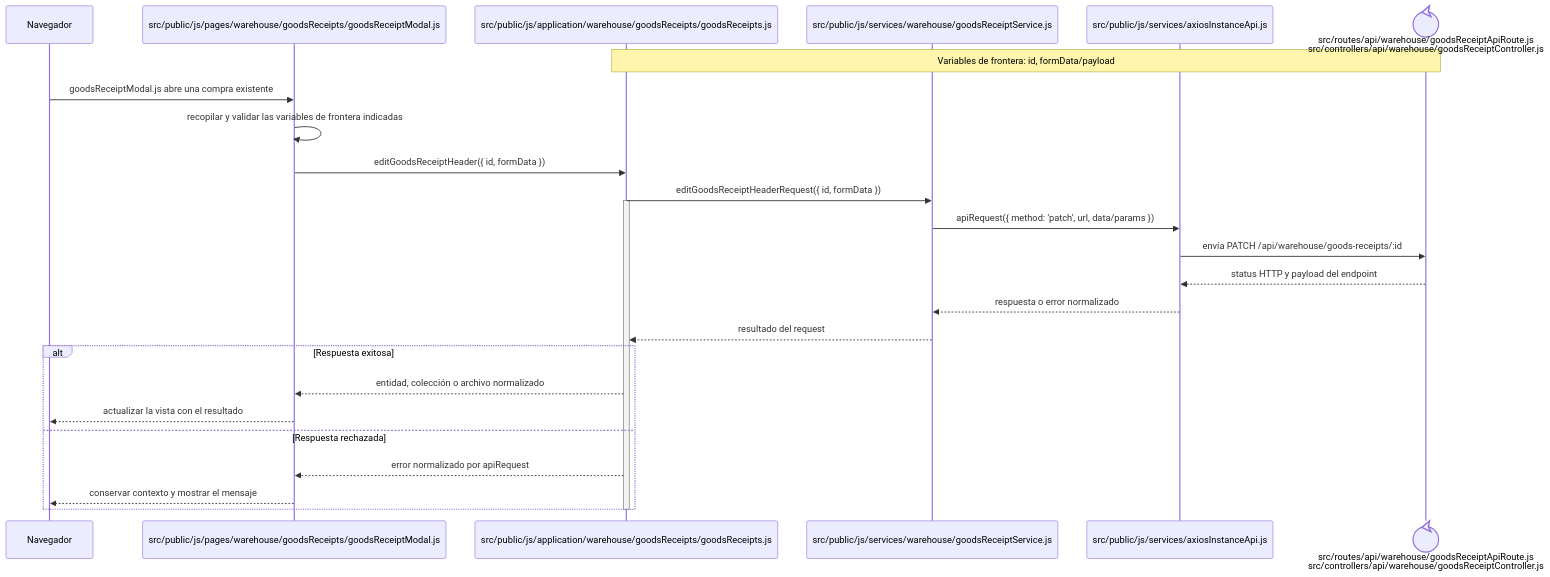
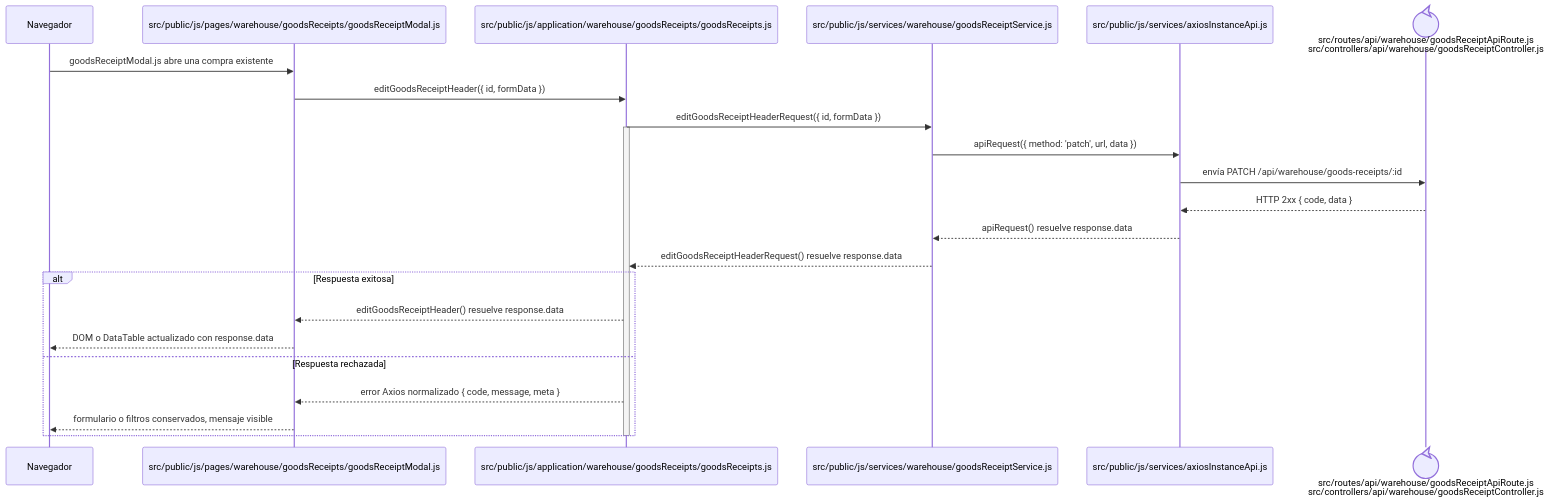
Before and after one commit to gpgsistemas01/nexus: the diagram in docs/architecture/frontend-code-sequences/purchases/cu-ent-03.md, drawn with Mermaid. The commit also changed 148 other files, not shown here.

````diff
--- a/docs/architecture/frontend-code-sequences/purchases/cu-ent-03.md
+++ b/docs/architecture/frontend-code-sequences/purchases/cu-ent-03.md
@@ -6,29 +6,27 @@
 ```mermaid
 sequenceDiagram
     participant Browser as Navegador
     participant View as src/public/js/pages/warehouse/goodsReceipts/goodsReceiptModal.js
     participant Application as src/public/js/application/warehouse/goodsReceipts/goodsReceipts.js
     participant Request as src/public/js/services/warehouse/goodsReceiptService.js
     participant HTTP as src/public/js/services/axiosInstanceApi.js
     participant Transport@{ "type": "control" } as src/routes/api/warehouse/goodsReceiptApiRoute.js<br/>src/controllers/api/warehouse/goodsReceiptController.js
-    Note over Application,Transport: Variables de frontera: id, formData/payload
 
     Browser->>View: goodsReceiptModal.js abre una compra existente
-    View->>View: recopilar y validar las variables de frontera indicadas
     View->>Application: editGoodsReceiptHeader({ id, formData })
     Application->>Request: editGoodsReceiptHeaderRequest({ id, formData })
     activate Application
-    Request->>HTTP: apiRequest({ method: 'patch', url, data/params })
+    Request->>HTTP: apiRequest({ method: 'patch', url, data })
     HTTP->>Transport: envía PATCH /api/warehouse/goods-receipts/:id
-    Transport-->>HTTP: status HTTP y payload del endpoint
-    HTTP-->>Request: respuesta o error normalizado
-    Request-->>Application: resultado del request
+    Transport-->>HTTP: HTTP 2xx { code, data }
+    HTTP-->>Request: apiRequest() resuelve response.data
+    Request-->>Application: editGoodsReceiptHeaderRequest() resuelve response.data
     alt Respuesta exitosa
-        Application-->>View: entidad, colección o archivo normalizado
-        View-->>Browser: actualizar la vista con el resultado
+        Application-->>View: editGoodsReceiptHeader() resuelve response.data
+        View-->>Browser: DOM o DataTable actualizado con response.data
     else Respuesta rechazada
-        Application-->>View: error normalizado por apiRequest
-        View-->>Browser: conservar contexto y mostrar el mensaje
+        Application-->>View: error Axios normalizado { code, message, meta }
+        View-->>Browser: formulario o filtros conservados, mensaje visible
     end
     deactivate Application
 ```
````
